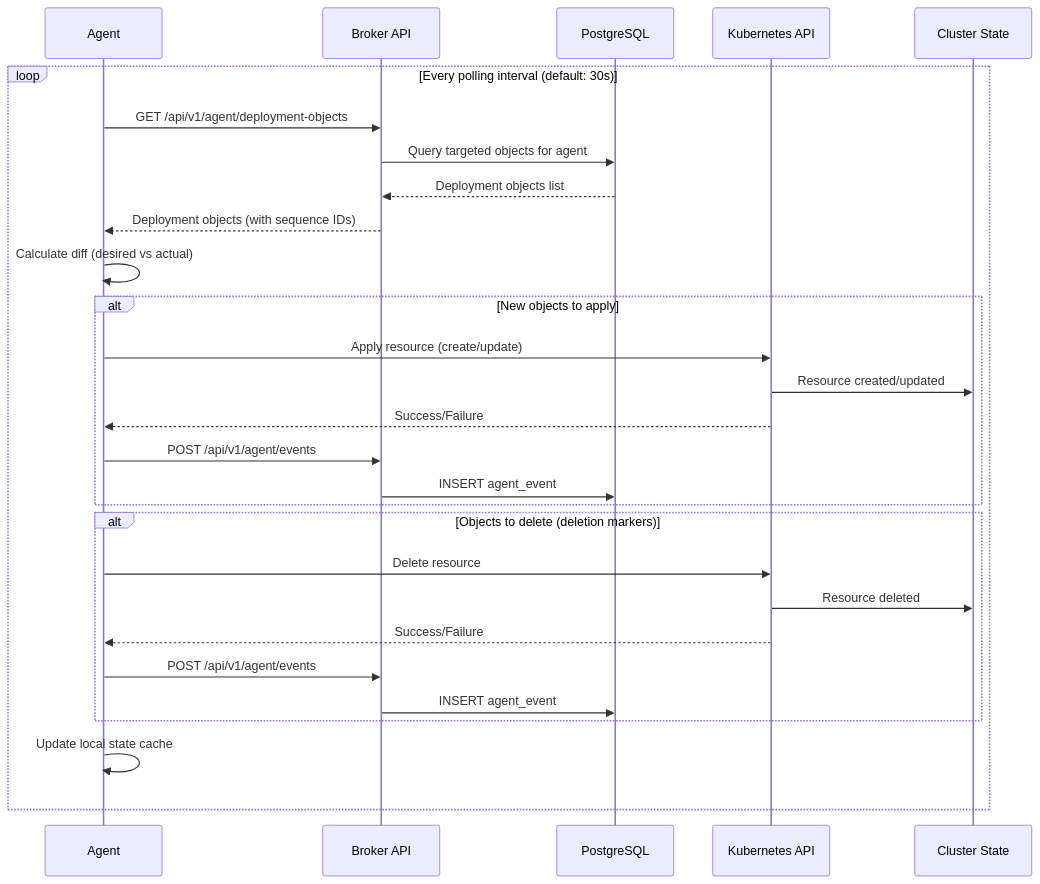
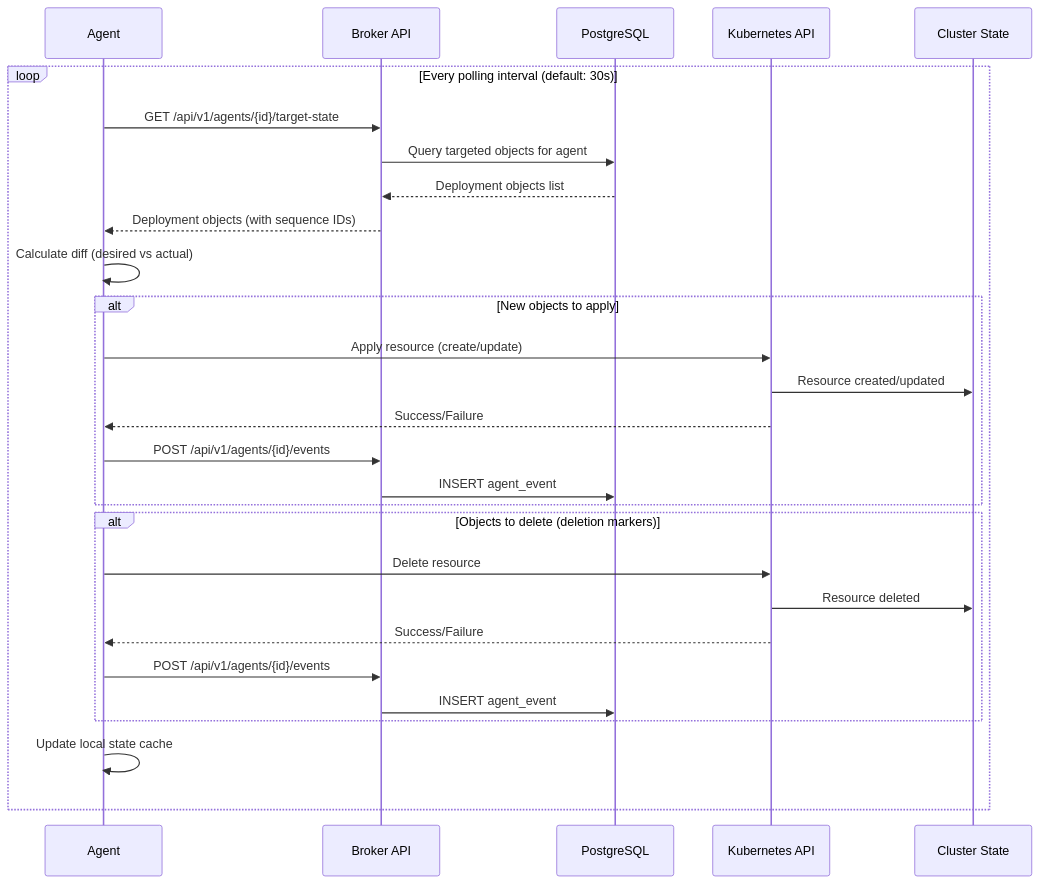
One commit to colliery-io/brokkr changed the second of 10 diagrams in docs/content/explanation/data-flows.md. Above: the diagram before and after it, drawn with Mermaid. The commit also changed other lines of this file and 28 other files, not shown here.

```diff
--- a/docs/content/explanation/data-flows.md
+++ b/docs/content/explanation/data-flows.md
@@ -53,35 +53,35 @@
 {{< mermaid >}}
 sequenceDiagram
     participant Agent as Agent
     participant Broker as Broker API
     participant DB as PostgreSQL
     participant K8s as Kubernetes API
     participant Cluster as Cluster State
 
     loop Every polling interval (default: 30s)
-        Agent->>Broker: GET /api/v1/agent/deployment-objects
+        Agent->>Broker: GET /api/v1/agents/{id}/target-state
         Broker->>DB: Query targeted objects for agent
         DB-->>Broker: Deployment objects list
         Broker-->>Agent: Deployment objects (with sequence IDs)
 
         Agent->>Agent: Calculate diff (desired vs actual)
 
         alt New objects to apply
             Agent->>K8s: Apply resource (create/update)
             K8s->>Cluster: Resource created/updated
             K8s-->>Agent: Success/Failure
-            Agent->>Broker: POST /api/v1/agent/events
+            Agent->>Broker: POST /api/v1/agents/{id}/events
             Broker->>DB: INSERT agent_event
         end
 
         alt Objects to delete (deletion markers)
             Agent->>K8s: Delete resource
             K8s->>Cluster: Resource deleted
             K8s-->>Agent: Success/Failure
-            Agent->>Broker: POST /api/v1/agent/events
+            Agent->>Broker: POST /api/v1/agents/{id}/events
             Broker->>DB: INSERT agent_event
         end
 
         Agent->>Agent: Update local state cache
     end
 {{< /mermaid >}}
```
